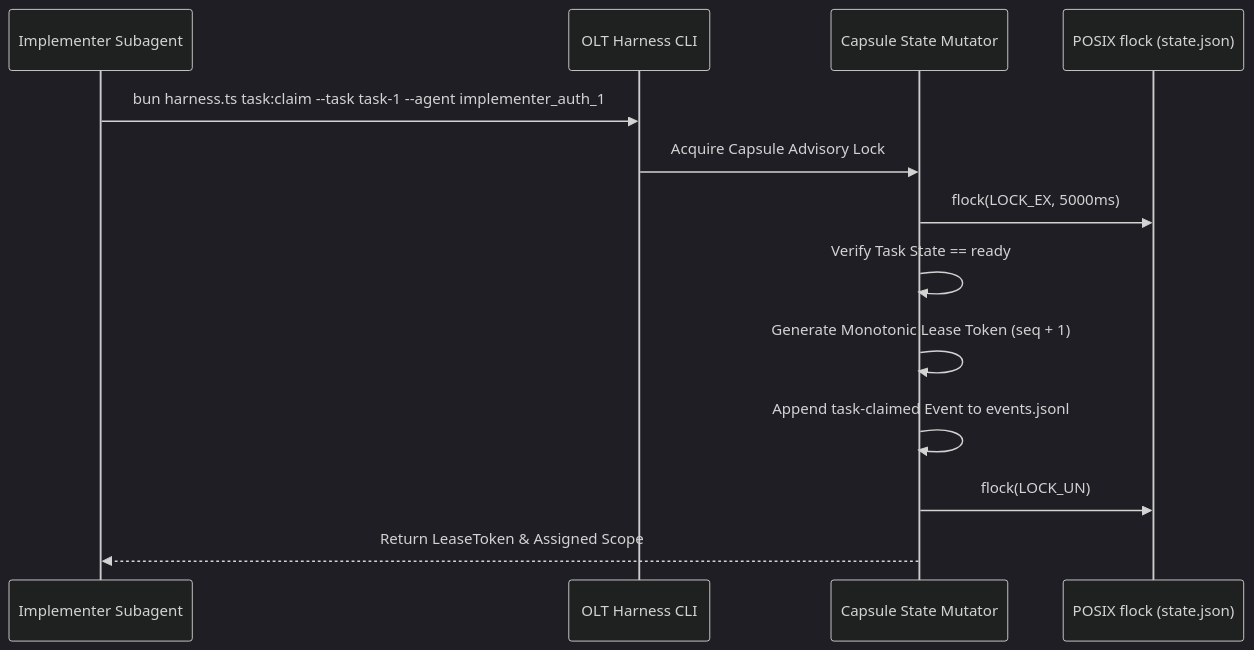
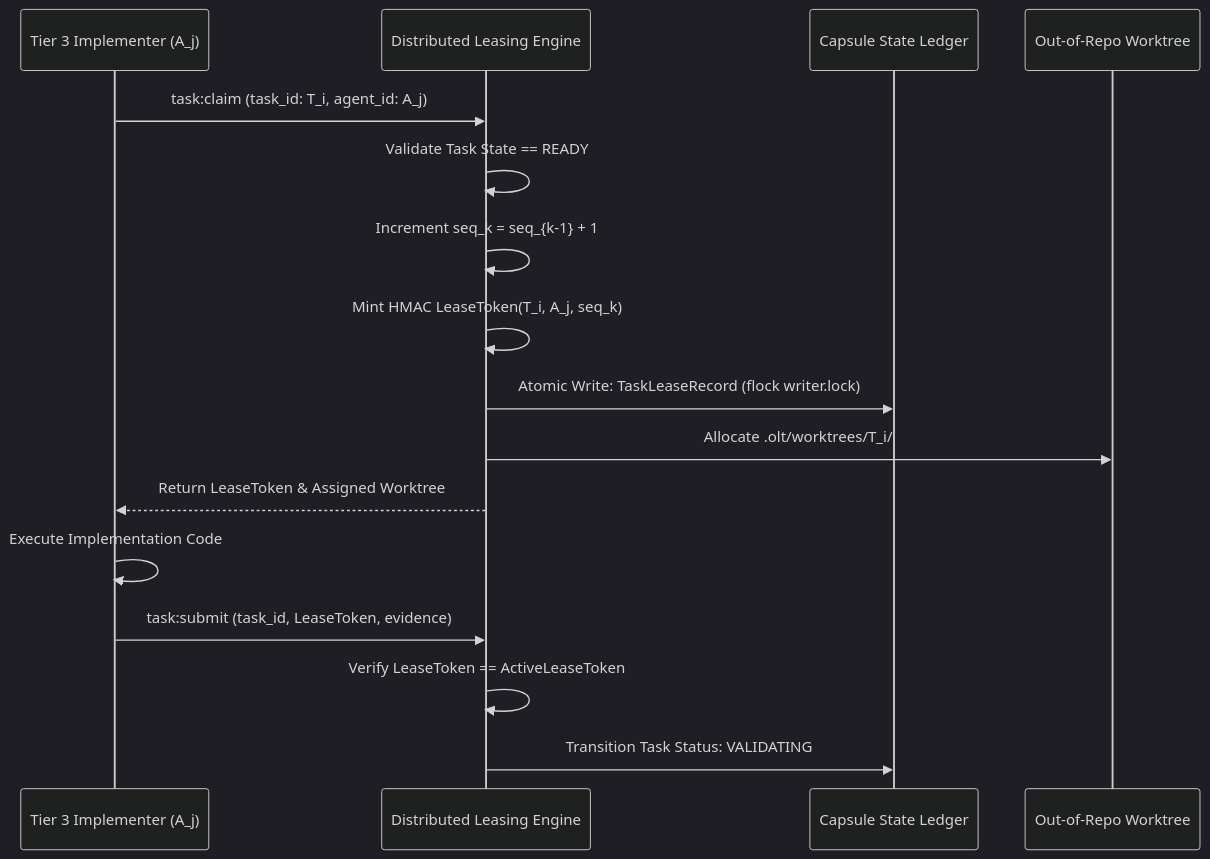
The diagram in docs/olt/architecture/07-distributed-leasing-execution/07-01-monotonic-lease-protocol-and-tokens.md (onurseckin/skills), drawn with Mermaid (dark theme) before and after one commit. The commit also changed other lines of this file and 177 other files, not shown here.

Commit message:
feat(policy): complete central repository policy json engine

````diff
--- a/docs/olt/architecture/07-distributed-leasing-execution/07-01-monotonic-lease-protocol-and-tokens.md
+++ b/docs/olt/architecture/07-distributed-leasing-execution/07-01-monotonic-lease-protocol-and-tokens.md
@@ -14,16 +63,19 @@
 ```mermaid
 sequenceDiagram
-    participant Worker as Implementer Subagent
-    participant Harness as OLT Harness CLI
-    participant Mutator as Capsule State Mutator
-    participant Lock as POSIX flock (state.json)
+    participant Worker as Tier 3 Implementer (A_j)
+    participant Scheduler as Distributed Leasing Engine
+    participant Ledger as Capsule State Ledger
+    participant Worktree as Out-of-Repo Worktree
 
-    Worker->>Harness: bun harness.ts task:claim --task task-1 --agent implementer_auth_1
-    Harness->>Mutator: Acquire Capsule Advisory Lock
-    Mutator->>Lock: flock(LOCK_EX, 5000ms)
-    Mutator->>Mutator: Verify Task State == ready
-    Mutator->>Mutator: Generate Monotonic Lease Token (seq + 1)
-    Mutator->>Mutator: Append task-claimed Event to events.jsonl
-    Mutator->>Lock: flock(LOCK_UN)
-    Mutator-->>Worker: Return LeaseToken & Assigned Scope
+    Worker->>Scheduler: task:claim (task_id: T_i, agent_id: A_j)
+    Scheduler->>Scheduler: Validate Task State == READY
+    Scheduler->>Scheduler: Increment seq_k = seq_{k-1} + 1
+    Scheduler->>Scheduler: Mint HMAC LeaseToken(T_i, A_j, seq_k)
+    Scheduler->>Ledger: Atomic Write: TaskLeaseRecord (flock writer.lock)
+    Scheduler->>Worktree: Allocate .olt/worktrees/T_i/
+    Scheduler-->>Worker: Return LeaseToken & Assigned Worktree
+    Worker->>Worker: Execute Implementation Code
+    Worker->>Scheduler: task:submit (task_id, LeaseToken, evidence)
+    Scheduler->>Scheduler: Verify LeaseToken == ActiveLeaseToken
+    Scheduler->>Ledger: Transition Task Status: VALIDATING
 ```
````
